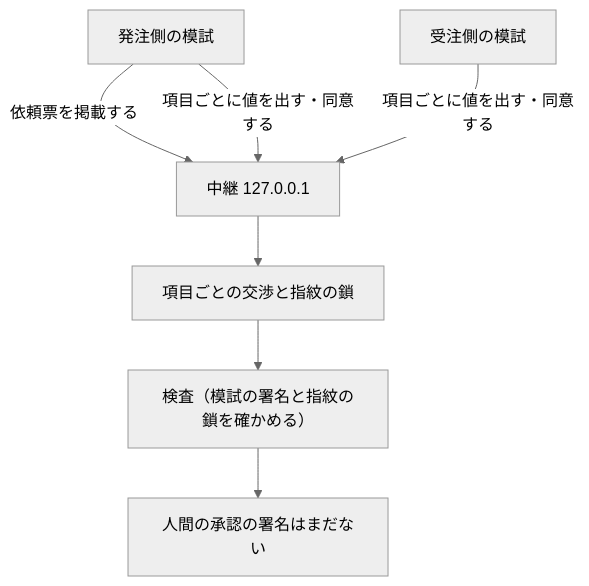
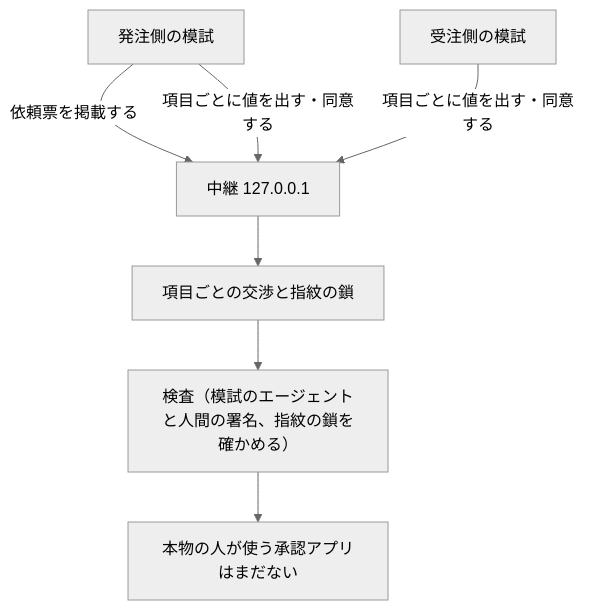
Before and after one commit to ranma-s/a2aix: the first of 2 diagrams in docs/feature-map.md, drawn with Mermaid (neutral theme). The commit also changed other lines of this file and 20 other files, not shown here.

````diff
--- a/docs/feature-map.md
+++ b/docs/feature-map.md
@@ -7,16 +7,16 @@
 ```mermaid
 flowchart TD
   poster["発注側の模試"]
   worker["受注側の模試"]
   node["中継 127.0.0.1"]
   machine["項目ごとの交渉と指紋の鎖"]
-  verify["検査（模試の署名と指紋の鎖を確かめる）"]
-  deferred["人間の承認の署名はまだない"]
+  verify["検査（模試のエージェントと人間の署名、指紋の鎖を確かめる）"]
+  deferred["本物の人が使う承認アプリはまだない"]
 
   poster -->|"依頼票を掲載する"| node
   worker -->|"項目ごとに値を出す・同意する"| node
   poster -->|"項目ごとに値を出す・同意する"| node
   node --> machine
   machine --> verify
   verify --> deferred
 ```
````
